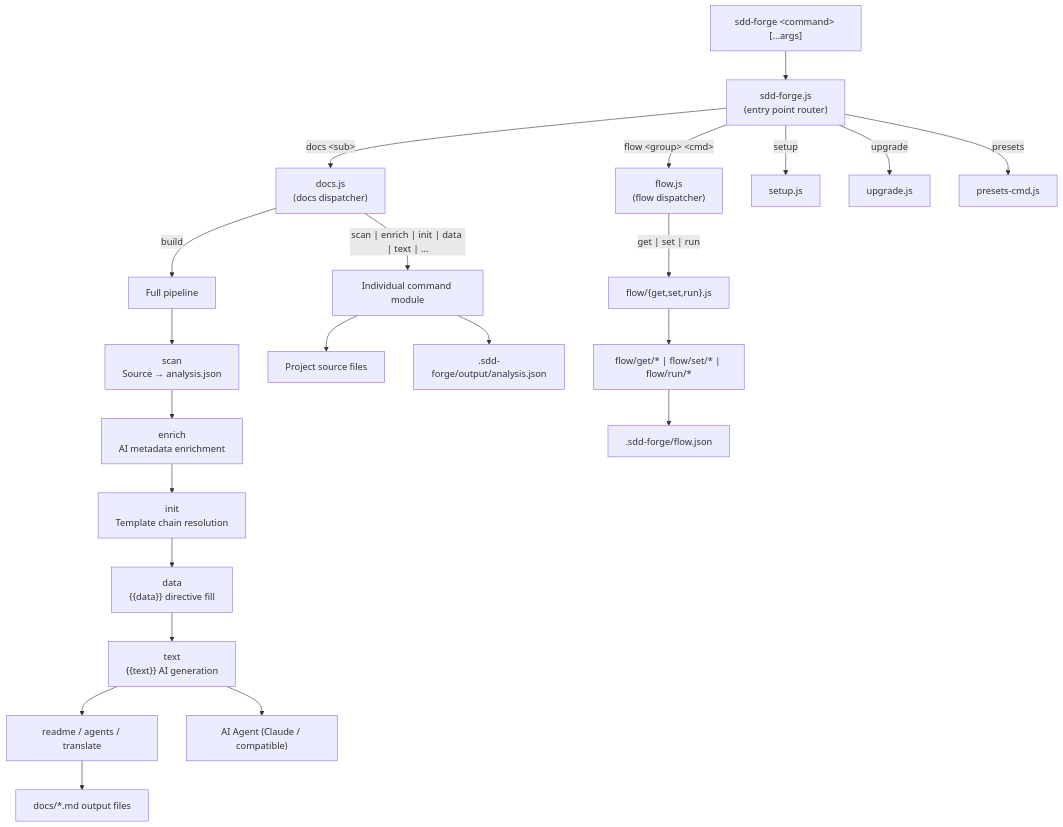
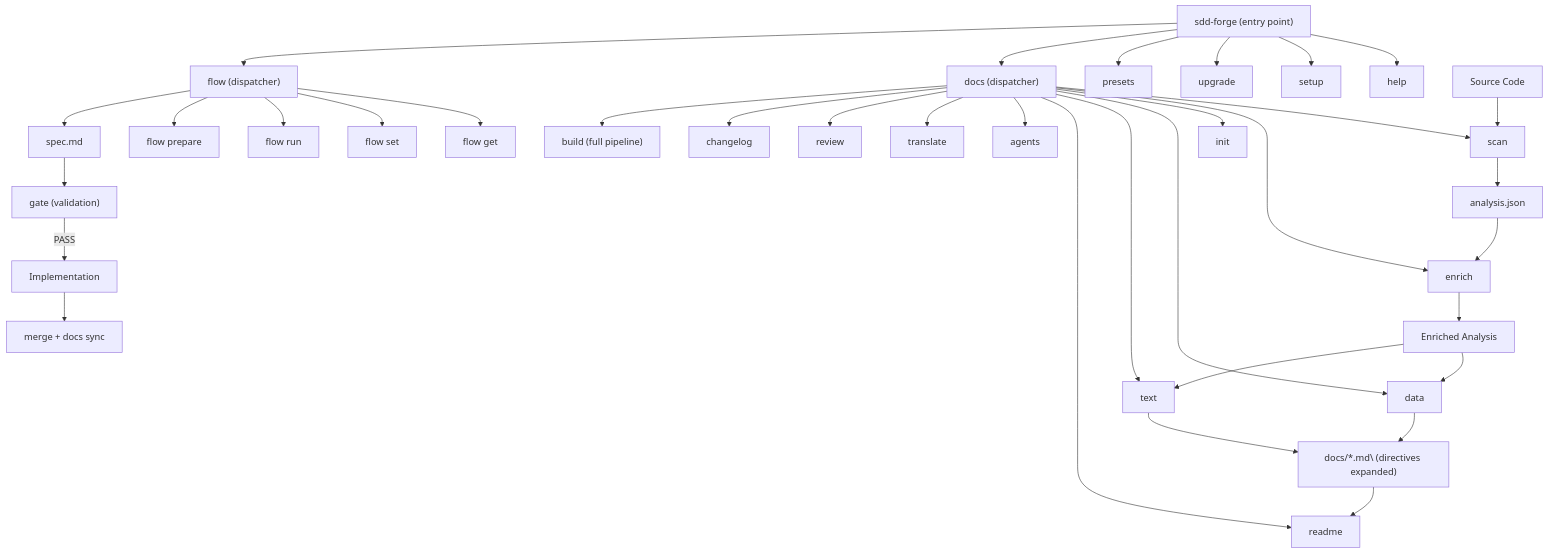
One commit to SpreadWorks/sdd-forge changed the diagram in docs/overview.md. Above: the diagram before and after it, drawn with Mermaid. The commit also changed other lines of this file and 7 other files, not shown here.

````diff
--- a/docs/overview.md
+++ b/docs/overview.md
@@ -33,29 +31,41 @@
 ```mermaid
 flowchart TD
-    CLI["sdd-forge &lt;command&gt; [...args]"] --> Router["sdd-forge.js\n(entry point router)"]
+    CLI["sdd-forge (entry point)"] --> HELP[help]
+    CLI --> SETUP[setup]
+    CLI --> UPGRADE[upgrade]
+    CLI --> PRESETS[presets]
+    CLI --> DOCS["docs (dispatcher)"]
+    CLI --> FLOW["flow (dispatcher)"]
 
-    Router -->|"docs &lt;sub&gt;"| DocsDispatcher["docs.js\n(docs dispatcher)"]
-    Router -->|"flow &lt;group&gt; &lt;cmd&gt;"| FlowDispatcher["flow.js\n(flow dispatcher)"]
-    Router -->|"setup"| Setup["setup.js"]
-    Router -->|"upgrade"| Upgrade["upgrade.js"]
-    Router -->|"presets"| Presets["presets-cmd.js"]
+    DOCS --> SCAN[scan]
+    DOCS --> ENRICH[enrich]
+    DOCS --> INIT[init]
+    DOCS --> DATA[data]
+    DOCS --> TEXT[text]
+    DOCS --> README[readme]
+    DOCS --> AGENTS[agents]
+    DOCS --> TRANSLATE[translate]
+    DOCS --> REVIEW[review]
+    DOCS --> CHANGELOG[changelog]
+    DOCS --> BUILD["build (full pipeline)"]
 
-    DocsDispatcher -->|"build"| Pipeline["Full pipeline"]
-    Pipeline --> Scan["scan\nSource → analysis.json"]
-    Scan --> Enrich["enrich\nAI metadata enrichment"]
-    Enrich --> Init["init\nTemplate chain resolution"]
-    Init --> Data["data\n{{data}} directive fill"]
-    Data --> Text["text\n{{text}} AI generation"]
-    Text --> Readme["readme / agents / translate"]
+    FLOW --> GET["flow get"]
+    FLOW --> SET["flow set"]
+    FLOW --> RUN["flow run"]
+    FLOW --> PREPARE["flow prepare"]
 
-    DocsDispatcher -->|"scan | enrich | init | data | text | ..."| IndividualCmd["Individual command module"]
+    SRC["Source Code"] --> SCAN
+    SCAN --> ANALYSIS["analysis.json"]
+    ANALYSIS --> ENRICH
+    ENRICH --> ENRICHED["Enriched Analysis"]
+    ENRICHED --> DATA
+    ENRICHED --> TEXT
+    DATA --> DOCS_MD["docs/*.md\ (directives expanded)"]
+    TEXT --> DOCS_MD
+    DOCS_MD --> README
 
-    FlowDispatcher -->|"get | set | run"| FlowGroup["flow/{get,set,run}.js"]
-    FlowGroup --> FlowCmd["flow/get/* | flow/set/* | flow/run/*"]
-    FlowCmd --> FlowState[".sdd-forge/flow.json"]
-
-    IndividualCmd --> SrcCode["Project source files"]
-    IndividualCmd --> AnalysisJSON[".sdd-forge/output/analysis.json"]
-    Text --> AgentAPI["AI Agent (Claude / compatible)"]
-    Readme --> Docs["docs/*.md output files"]
+    FLOW --> SPEC["spec.md"]
+    SPEC --> GATE["gate (validation)"]
+    GATE -->|PASS| IMPL["Implementation"]
+    IMPL --> MERGE["merge + docs sync"]
 ```
````
